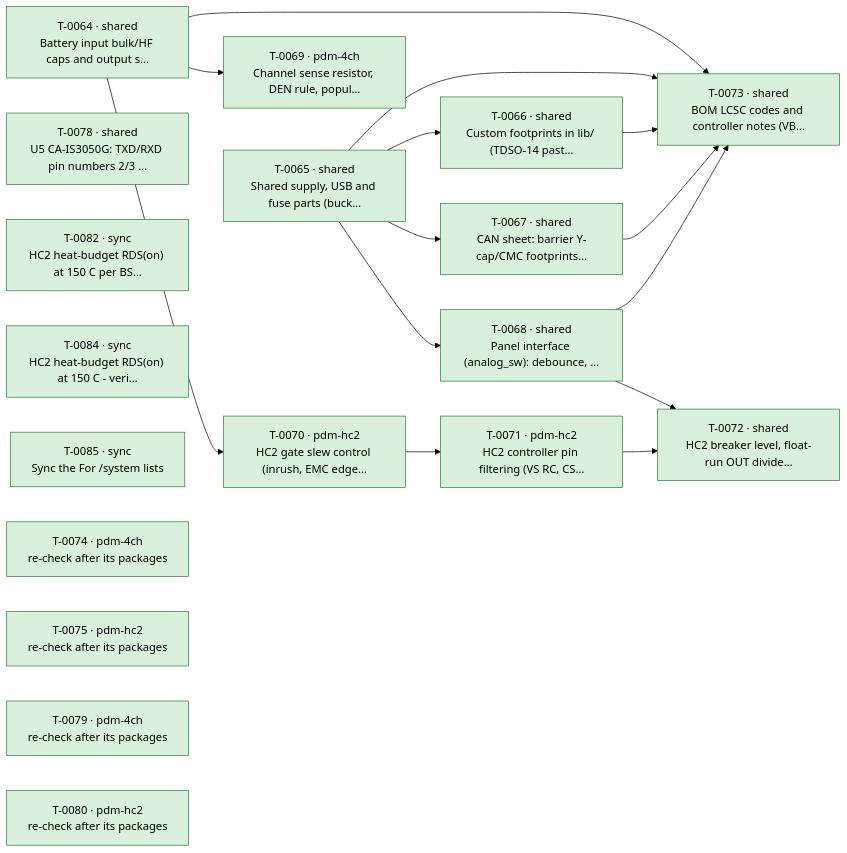
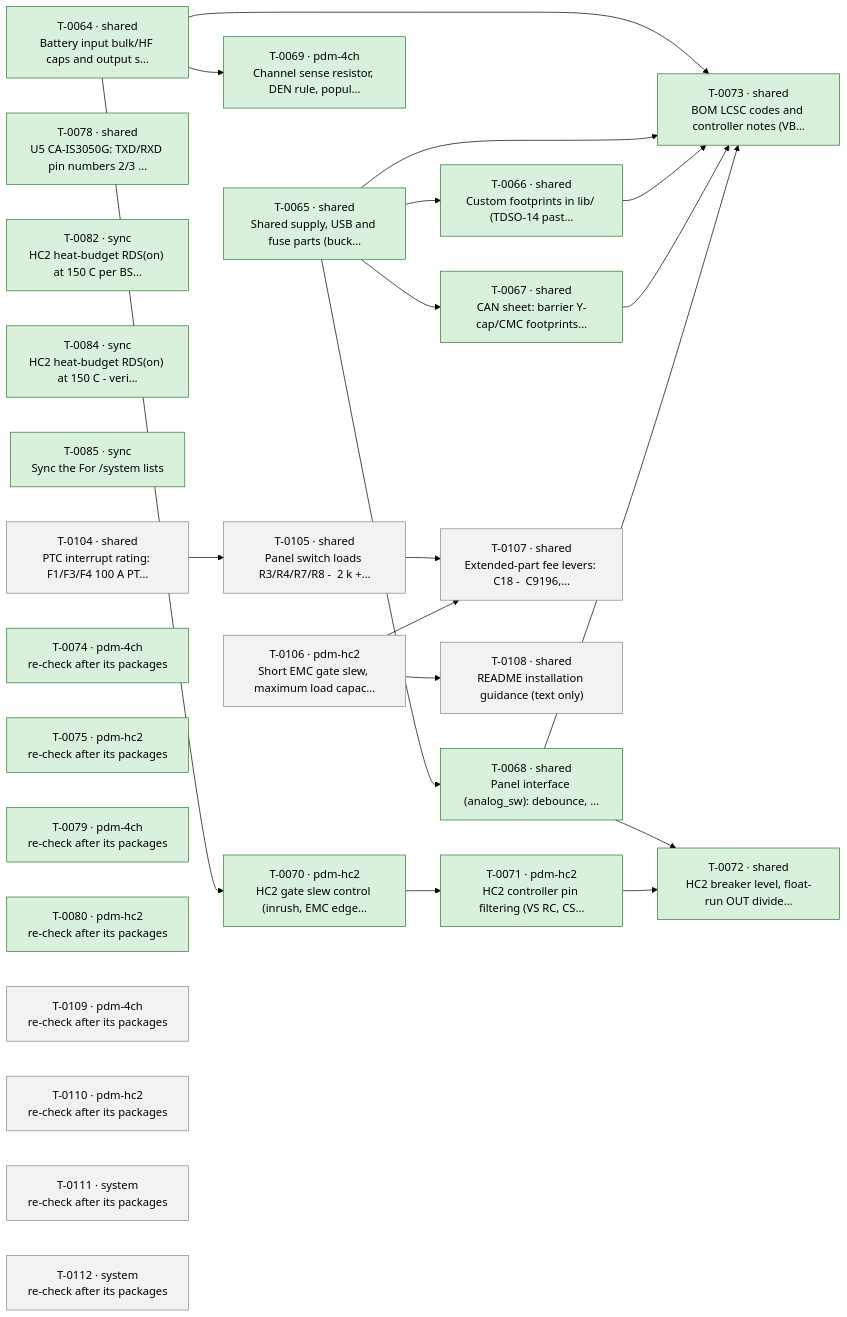
One commit to plektra/ESP32-PDM changed the diagram in docs/ROADMAP.md. Above: the diagram before and after it, drawn with Mermaid (forest theme). The commit also changed other lines of this file and 4 other files, not shown here.

First line of the commit message:
Auto: planner system (T-0103): 5 packages, 1 deferred, 3 decisions

````diff
--- a/docs/ROADMAP.md
+++ b/docs/ROADMAP.md
@@ -18,38 +18,51 @@
 ```mermaid
 flowchart LR
   T0064["T-0064 · shared<br/>Battery input bulk/HF caps and output s…"]:::done
   T0065["T-0065 · shared<br/>Shared supply, USB and fuse parts (buck…"]:::done
   T0066["T-0066 · shared<br/>Custom footprints in lib/ (TDSO-14 past…"]:::done
   T0067["T-0067 · shared<br/>CAN sheet: barrier Y-cap/CMC footprints…"]:::done
   T0068["T-0068 · shared<br/>Panel interface (analog_sw): debounce, …"]:::done
   T0069["T-0069 · pdm-4ch<br/>Channel sense resistor, DEN rule, popul…"]:::done
   T0070["T-0070 · pdm-hc2<br/>HC2 gate slew control (inrush, EMC edge…"]:::done
   T0071["T-0071 · pdm-hc2<br/>HC2 controller pin filtering (VS RC, CS…"]:::done
   T0072["T-0072 · shared<br/>HC2 breaker level, float-run OUT divide…"]:::done
   T0073["T-0073 · shared<br/>BOM LCSC codes and controller notes (VB…"]:::done
   T0078["T-0078 · shared<br/>U5 CA-IS3050G: TXD/RXD pin numbers 2/3 …"]:::done
   T0082["T-0082 · sync<br/>HC2 heat-budget RDS(on) at 150 C per BS…"]:::done
   T0084["T-0084 · sync<br/>HC2 heat-budget RDS(on) at 150 C - veri…"]:::done
   T0085["T-0085 · sync<br/>Sync the  For /system  lists"]:::done
+  T0104["T-0104 · shared<br/>PTC interrupt rating: F1/F3/F4 100 A PT…"]:::ready
+  T0105["T-0105 · shared<br/>Panel switch loads R3/R4/R7/R8 -  2 k +…"]:::ready
+  T0106["T-0106 · pdm-hc2<br/>Short EMC gate slew, maximum load capac…"]:::ready
+  T0107["T-0107 · shared<br/>Extended-part fee levers: C18 -  C9196,…"]:::ready
+  T0108["T-0108 · shared<br/>README installation guidance (text only)"]:::ready
   T0074["T-0074 · pdm-4ch<br/>re-check after its packages"]:::done
   T0075["T-0075 · pdm-hc2<br/>re-check after its packages"]:::done
   T0079["T-0079 · pdm-4ch<br/>re-check after its packages"]:::done
   T0080["T-0080 · pdm-hc2<br/>re-check after its packages"]:::done
+  T0109["T-0109 · pdm-4ch<br/>re-check after its packages"]:::ready
+  T0110["T-0110 · pdm-hc2<br/>re-check after its packages"]:::ready
+  T0111["T-0111 · system<br/>re-check after its packages"]:::ready
+  T0112["T-0112 · system<br/>re-check after its packages"]:::ready
   T0065 --> T0066
   T0065 --> T0067
   T0065 --> T0068
   T0064 --> T0069
   T0064 --> T0070
   T0070 --> T0071
   T0068 --> T0072
   T0071 --> T0072
   T0064 --> T0073
   T0065 --> T0073
   T0066 --> T0073
   T0067 --> T0073
   T0068 --> T0073
+  T0104 --> T0105
+  T0105 --> T0107
+  T0106 --> T0107
+  T0106 --> T0108
   classDef done fill:#d8f0dc,stroke:#2e7d32
   classDef running fill:#d6e6ff,stroke:#1f5fbf
   classDef ready fill:#f2f2f2,stroke:#888
   classDef failed fill:#f9d9d9,stroke:#b3261e
 ```
````
